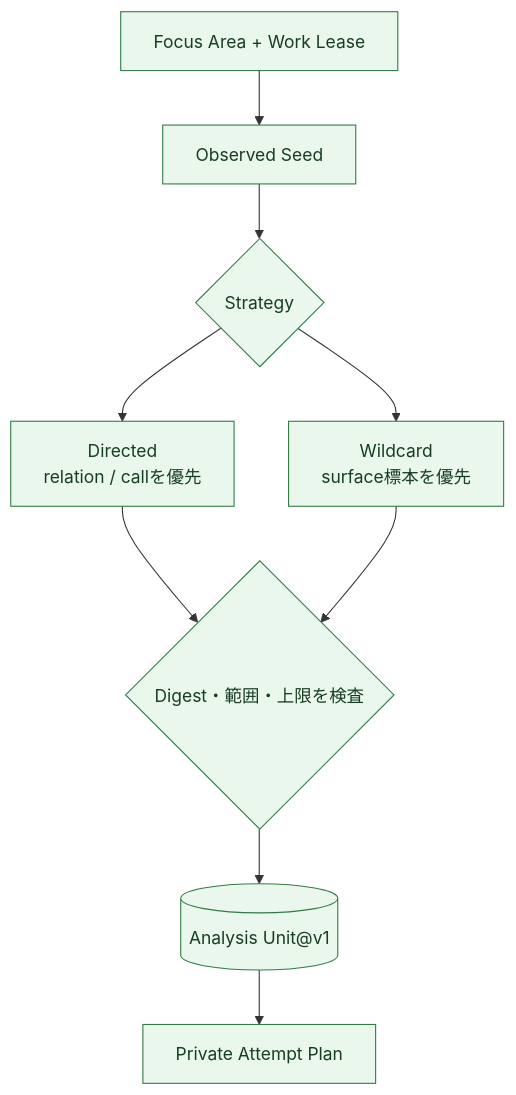
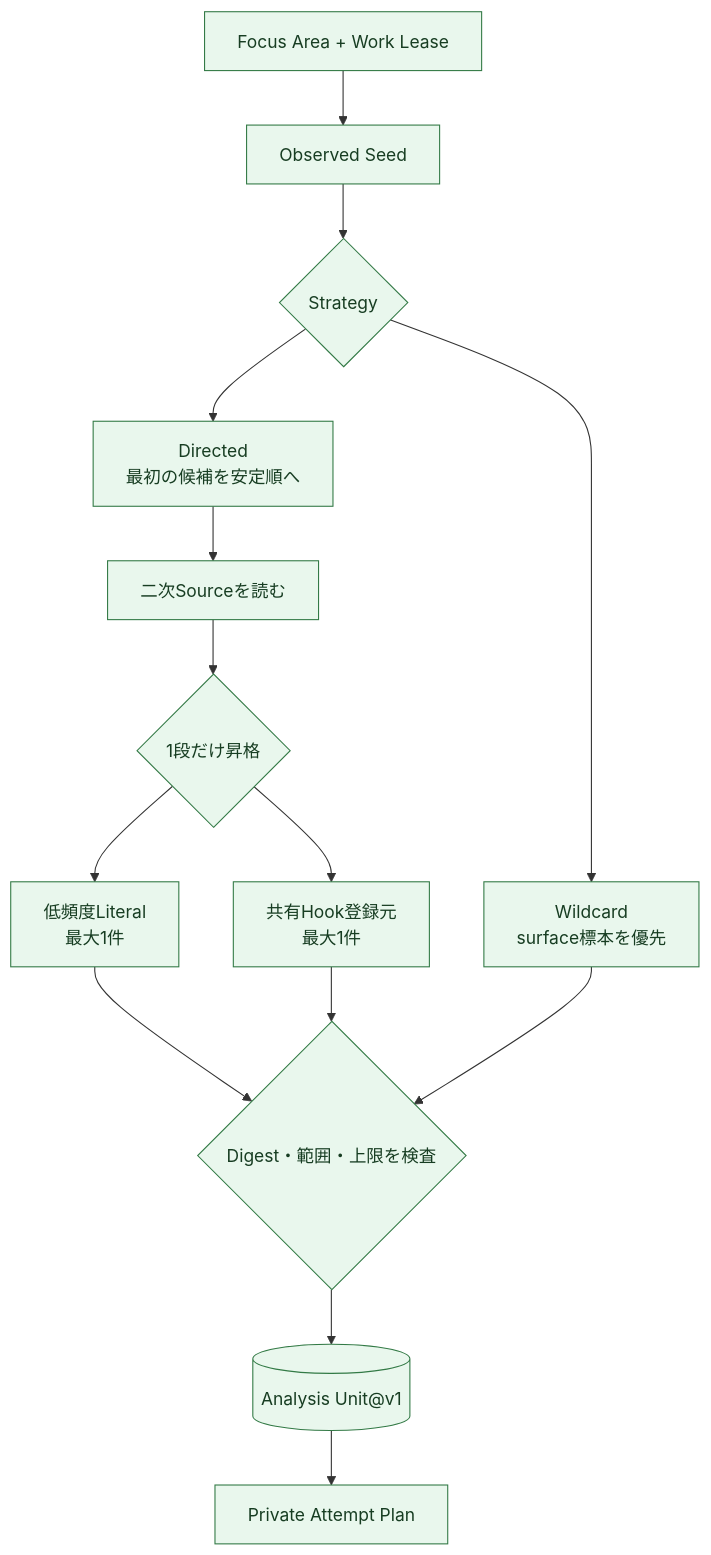
One commit to momoponwork1415-lgtm/wordpress-harness changed the fourth of 7 diagrams in docs/design/architecture/exploration-agent-architecture.md. Above: the diagram before and after it, drawn with Mermaid. The commit also changed other lines of this file and 6 other files, not shown here.

````diff
--- a/docs/design/architecture/exploration-agent-architecture.md
+++ b/docs/design/architecture/exploration-agent-architecture.md
@@ -152,19 +154,25 @@
 ```mermaid
 flowchart TB
     assignment["Focus Area + Work Lease"]
     seed["Observed Seed"]
     choose{"Strategy"}
-    directed["Directed<br/>relation / callを優先"]
+    directed["Directed<br/>最初の候補を安定順へ"]
+    secondary["二次Sourceを読む"]
+    hop{"1段だけ昇格"}
+    literal["低頻度Literal<br/>最大1件"]
+    hook["共有Hook登録元<br/>最大1件"]
     wildcard["Wildcard<br/>surface標本を優先"]
     bind{"Digest・範囲・上限を検査"}
     unit[("Analysis Unit@v1")]
     prompt["Private Attempt Plan"]
 
     assignment --> seed --> choose
-    choose --> directed --> bind
+    choose --> directed --> secondary --> hop
+    hop --> literal --> bind
+    hop --> hook --> bind
     choose --> wildcard --> bind
     bind --> unit --> prompt
 
     classDef done fill:#e9f7ed,stroke:#337a46,color:#173d22;
-    class assignment,seed,choose,directed,wildcard,bind,unit,prompt done;
+    class assignment,seed,choose,directed,secondary,hop,literal,hook,wildcard,bind,unit,prompt done;
 ```
````
